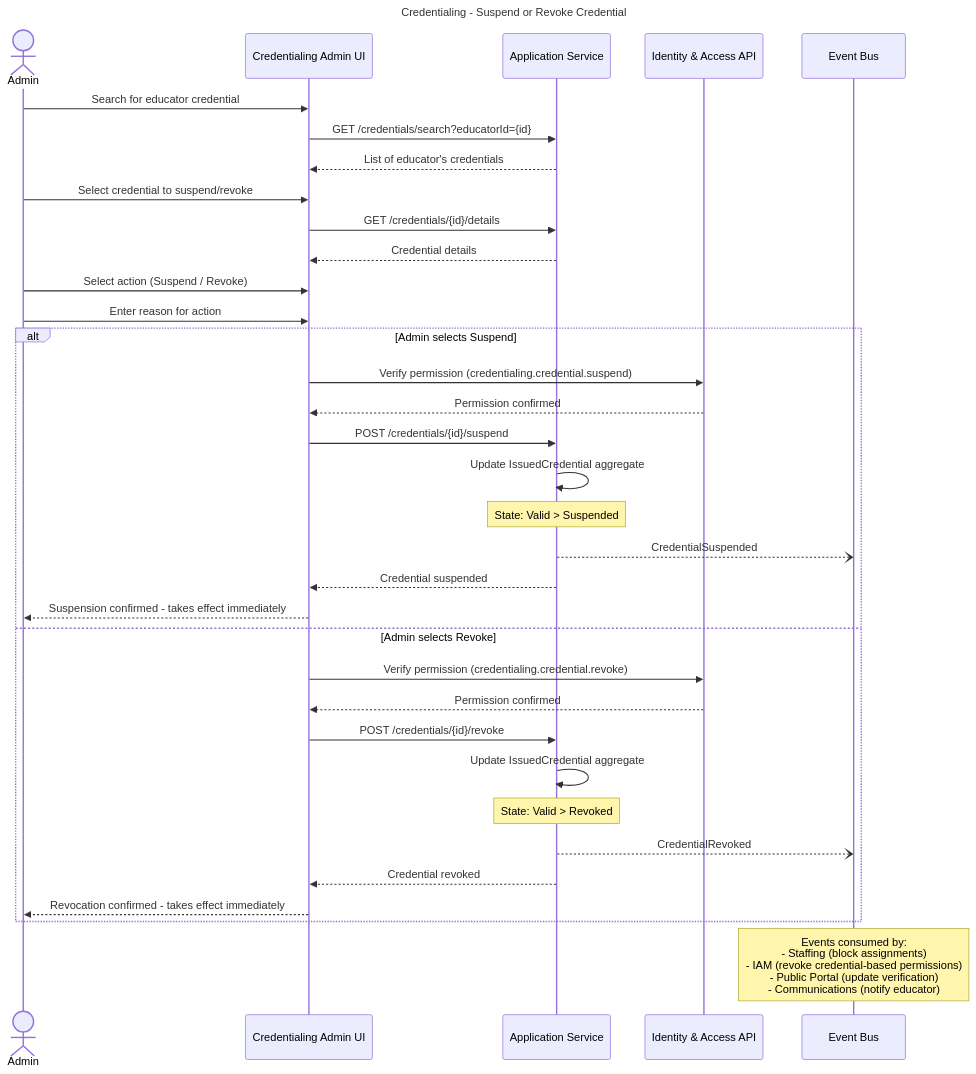
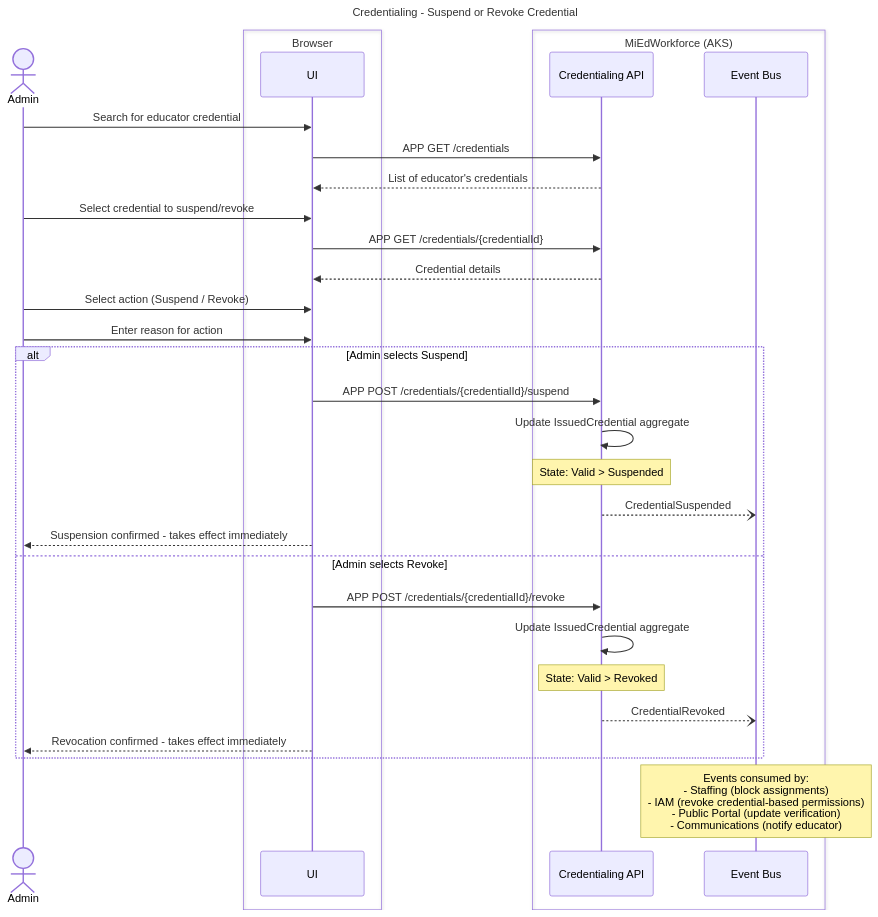
One commit to mnichols-dl/mied-design changed diagram 13 of 23 in working-docs/solution-areas/credentialing/credentialing-sequences.md. Above: the diagram before and after it, drawn with Mermaid. The commit also changed other lines of this file and 34 other files, not shown here.

Commit message:
Update sequences and perform RTM assessment

````diff
--- a/working-docs/solution-areas/credentialing/credentialing-sequences.md
+++ b/working-docs/solution-areas/credentialing/credentialing-sequences.md
@@ -667,51 +812,46 @@
 ```mermaid
 ---
 title: Credentialing - Suspend or Revoke Credential
 ---
 sequenceDiagram
     actor Admin
-    participant UI as Credentialing Admin UI
-    participant AppService as Application Service
-    participant IAM as Identity & Access API
-    participant EventBus as Event Bus
-    
+    box Browser
+        participant UI
+    end
+    box MiEdWorkforce (AKS)
+        participant CredApi as Credentialing API
+        participant EventBus as Event Bus
+    end
+
     Admin->>UI: Search for educator credential
-    UI->>AppService: GET /credentials/search?educatorId={id}
-    AppService-->>UI: List of educator's credentials
-    
+    UI->>CredApi: APP GET /credentials
+    CredApi-->>UI: List of educator's credentials
+
     Admin->>UI: Select credential to suspend/revoke
-    UI->>AppService: GET /credentials/{id}/details
-    AppService-->>UI: Credential details
-    
+    UI->>CredApi: APP GET /credentials/{credentialId}
+    CredApi-->>UI: Credential details
+
     Admin->>UI: Select action (Suspend / Revoke)
     Admin->>UI: Enter reason for action
-    
+
     alt Admin selects Suspend
-        UI->>IAM: Verify permission (credentialing.credential.suspend)
-        IAM-->>UI: Permission confirmed
-        
-        UI->>AppService: POST /credentials/{id}/suspend
-        AppService->>AppService: Update IssuedCredential aggregate
-        Note over AppService: State: Valid > Suspended
-        
-        AppService--)EventBus: CredentialSuspended
-        
-        AppService-->>UI: Credential suspended
+        UI->>CredApi: APP POST /credentials/{credentialId}/suspend
+        CredApi->>CredApi: Update IssuedCredential aggregate
+        Note over CredApi: State: Valid > Suspended
+
+        CredApi--)EventBus: CredentialSuspended
+
         UI-->>Admin: Suspension confirmed - takes effect immediately
-        
+
     else Admin selects Revoke
-        UI->>IAM: Verify permission (credentialing.credential.revoke)
-        IAM-->>UI: Permission confirmed
-        
-        UI->>AppService: POST /credentials/{id}/revoke
-        AppService->>AppService: Update IssuedCredential aggregate
-        Note over AppService: State: Valid > Revoked
-        
-        AppService--)EventBus: CredentialRevoked
-        
-        AppService-->>UI: Credential revoked
+        UI->>CredApi: APP POST /credentials/{credentialId}/revoke
+        CredApi->>CredApi: Update IssuedCredential aggregate
+        Note over CredApi: State: Valid > Revoked
+
+        CredApi--)EventBus: CredentialRevoked
+
         UI-->>Admin: Revocation confirmed - takes effect immediately
     end
-    
+
     Note over EventBus: Events consumed by:<br/>- Staffing (block assignments)<br/>- IAM (revoke credential-based permissions)<br/>- Public Portal (update verification)<br/>- Communications (notify educator)
 ```
````
